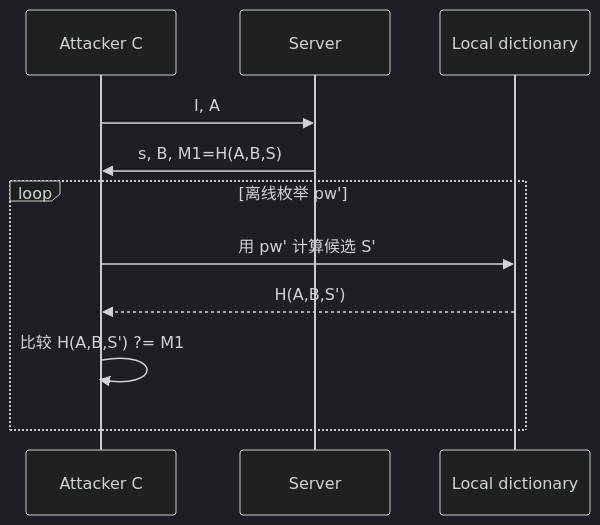
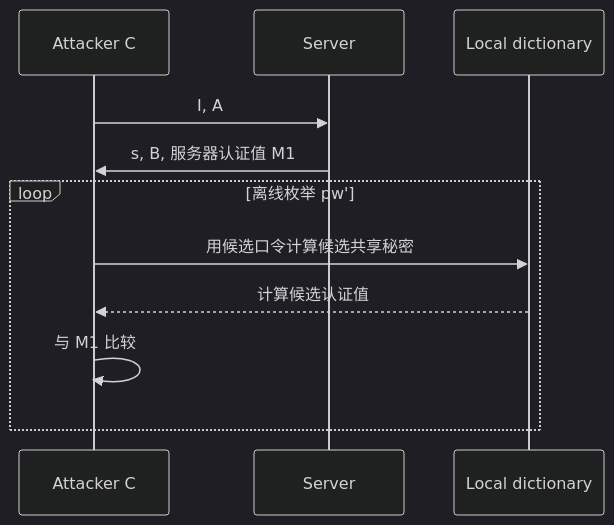
One commit to 22mouseok-crypto/obsidian-vault changed diagram 14 of 21 in 大三下/密码协议/密码协议期末复习-Obsidian视觉版.md. Above: the diagram before and after it, drawn with Mermaid (dark theme). The commit also changed other lines of this file, not shown here.

````diff
--- a/大三下/密码协议/密码协议期末复习-Obsidian视觉版.md
+++ b/大三下/密码协议/密码协议期末复习-Obsidian视觉版.md
@@ -508,14 +538,14 @@
 ```mermaid
 sequenceDiagram
     participant C as Attacker C
     participant S as Server
     participant L as Local dictionary
 
     C->>S: I, A
-    S->>C: s, B, M1=H(A,B,S)
+    S->>C: s, B, 服务器认证值 M1
     loop 离线枚举 pw'
-        C->>L: 用 pw' 计算候选 S'
-        L-->>C: H(A,B,S')
-        C->>C: 比较 H(A,B,S') ?= M1
+        C->>L: 用候选口令计算候选共享秘密
+        L-->>C: 计算候选认证值
+        C->>C: 与 M1 比较
     end
 ```
````
